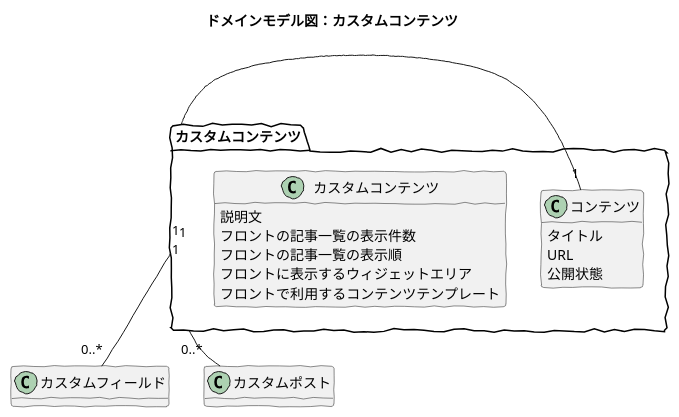
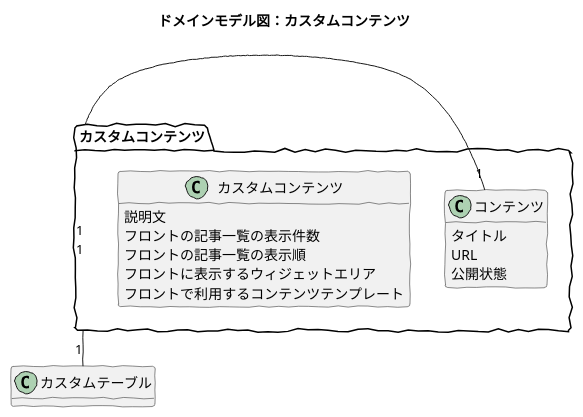
The diagram in src/puml/5/ucmitz/svg/domain_model/bc-custom-content/custom_contents.puml (baserproject/baserproject.github.io), drawn with PlantUML before and after one commit. The commit also changed 30 other files, not shown here.

```diff
--- a/src/puml/5/ucmitz/svg/domain_model/bc-custom-content/custom_contents.puml
+++ b/src/puml/5/ucmitz/svg/domain_model/bc-custom-content/custom_contents.puml
@@ -1,30 +1,29 @@
 @startuml
 skinparam handwritten true
 skinparam backgroundColor white
 hide method
 
 title ドメインモデル図：カスタムコンテンツ
 
 package カスタムコンテンツ {
 	
 	class カスタムコンテンツ {
 		説明文
 		フロントの記事一覧の表示件数
 		フロントの記事一覧の表示順
 		フロントに表示するウィジェットエリア
 		フロントで利用するコンテンツテンプレート  
 	}
 	
 	class コンテンツ {
 		タイトル
 		URL
 		公開状態
 	}
 
 }
 
 カスタムコンテンツ "1" - "1" コンテンツ 
-カスタムコンテンツ "1" -down- "0..*" カスタムフィールド
-カスタムコンテンツ "1" -down- "0..*" カスタムポスト
+カスタムコンテンツ "1" -down- "1" カスタムテーブル
 
 @enduml
```
